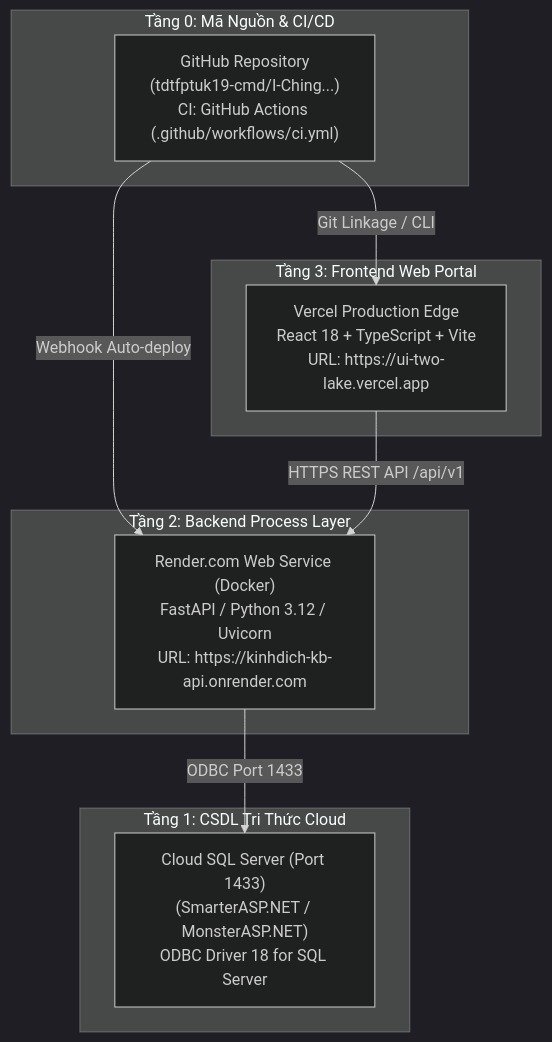
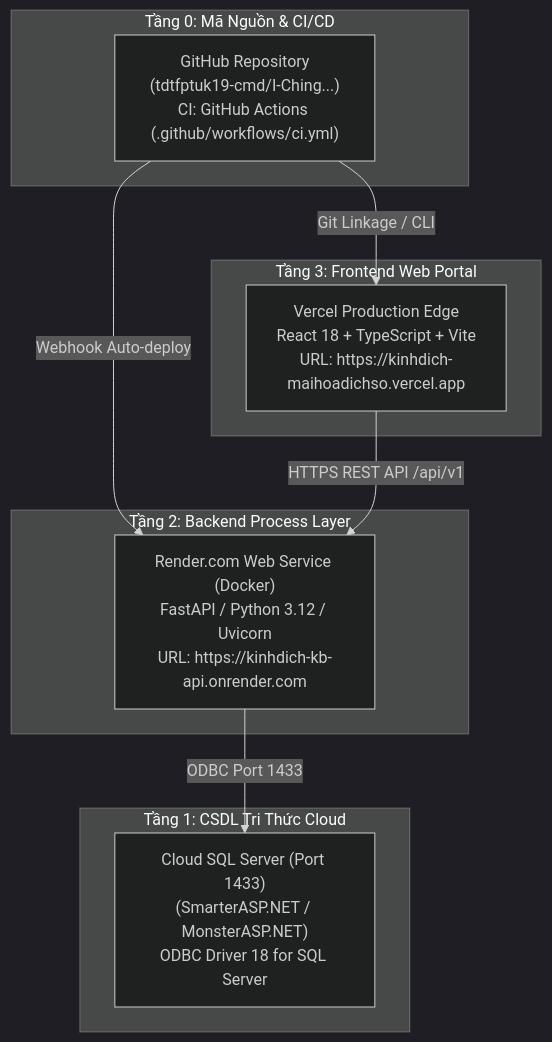
The diagram in .agents/skills/Deploy/SKILL.md (tdtfptuk19-cmd/I-Ching-Knowledgement-Management-System), drawn with Mermaid (dark theme) before and after one commit. The commit also changed other lines of this file and 1 other file, not shown here.

Commit message:
chore(deploy): update production domain to kinhdich-maihoadichso.vercel.app

````diff
--- a/.agents/skills/Deploy/SKILL.md
+++ b/.agents/skills/Deploy/SKILL.md
@@ -20,23 +20,23 @@
 ```mermaid
 flowchart TD
     subgraph SCM["Tầng 0: Mã Nguồn & CI/CD"]
         GH["GitHub Repository<br/>(tdtfptuk19-cmd/I-Ching...)<br/>CI: GitHub Actions (.github/workflows/ci.yml)"]
     end
 
     subgraph DATA["Tầng 1: CSDL Tri Thức Cloud"]
         DB["Cloud SQL Server (Port 1433)<br/>(SmarterASP.NET / MonsterASP.NET)<br/>ODBC Driver 18 for SQL Server"]
     end
 
     subgraph API["Tầng 2: Backend Process Layer"]
         RD["Render.com Web Service (Docker)<br/>FastAPI / Python 3.12 / Uvicorn<br/>URL: https://kinhdich-kb-api.onrender.com"]
     end
 
     subgraph UI["Tầng 3: Frontend Web Portal"]
-        VC["Vercel Production Edge<br/>React 18 + TypeScript + Vite<br/>URL: https://ui-two-lake.vercel.app"]
+        VC["Vercel Production Edge<br/>React 18 + TypeScript + Vite<br/>URL: https://kinhdich-maihoadichso.vercel.app"]
     end
 
     GH -->|Webhook Auto-deploy| RD
     GH -->|Git Linkage / CLI| VC
     RD -->|ODBC Port 1433| DB
     VC -->|HTTPS REST API /api/v1| RD
 ```
````
